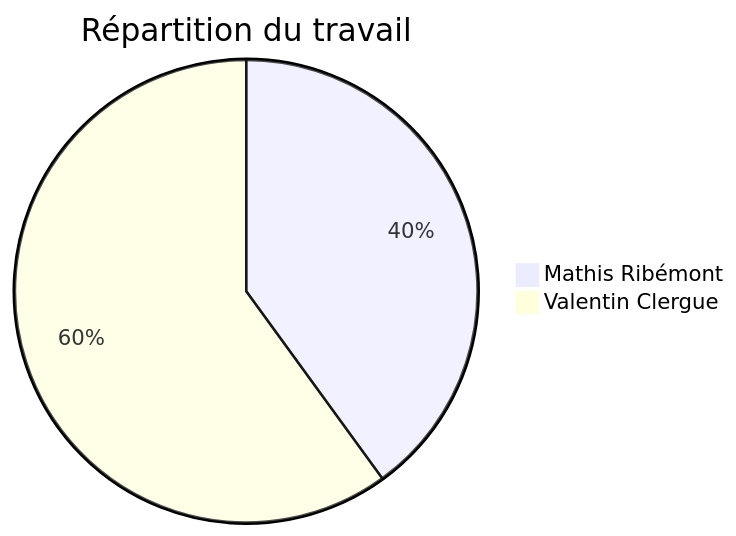
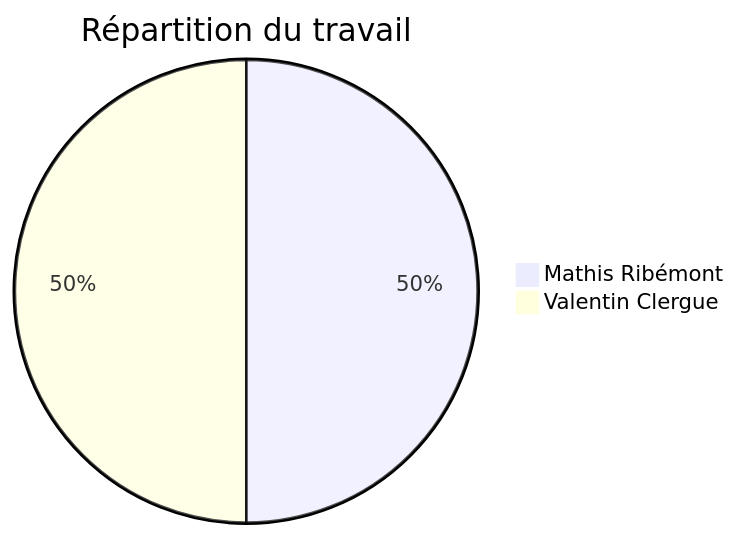
Before and after one commit to HandyS11/FishNGrog: the diagram in DELOBEL_README.md, drawn with Mermaid. The commit also changed other lines of this file and 3 other files, not shown here.

````diff
--- a/DELOBEL_README.md
+++ b/DELOBEL_README.md
@@ -5,5 +5,5 @@
 ```mermaid
 pie title Répartition du travail
-    "Mathis Ribémont" : 40
-    "Valentin Clergue" : 60
+    "Mathis Ribémont" : 50
+    "Valentin Clergue" : 50
 ```
````
